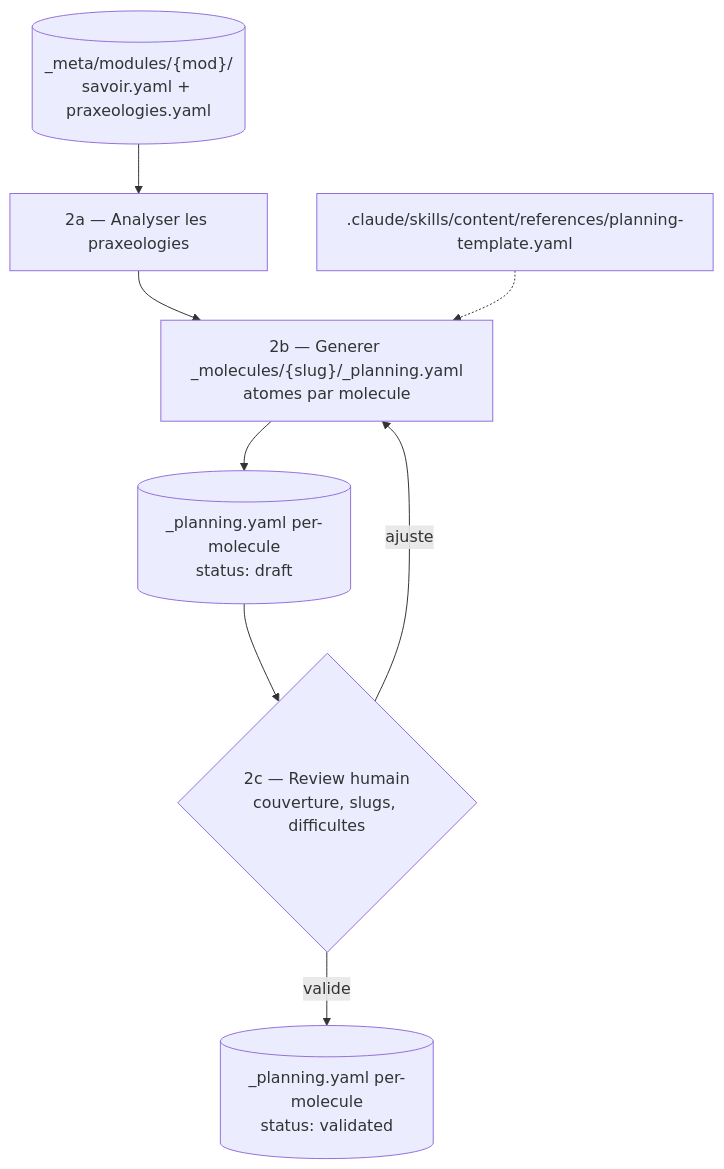
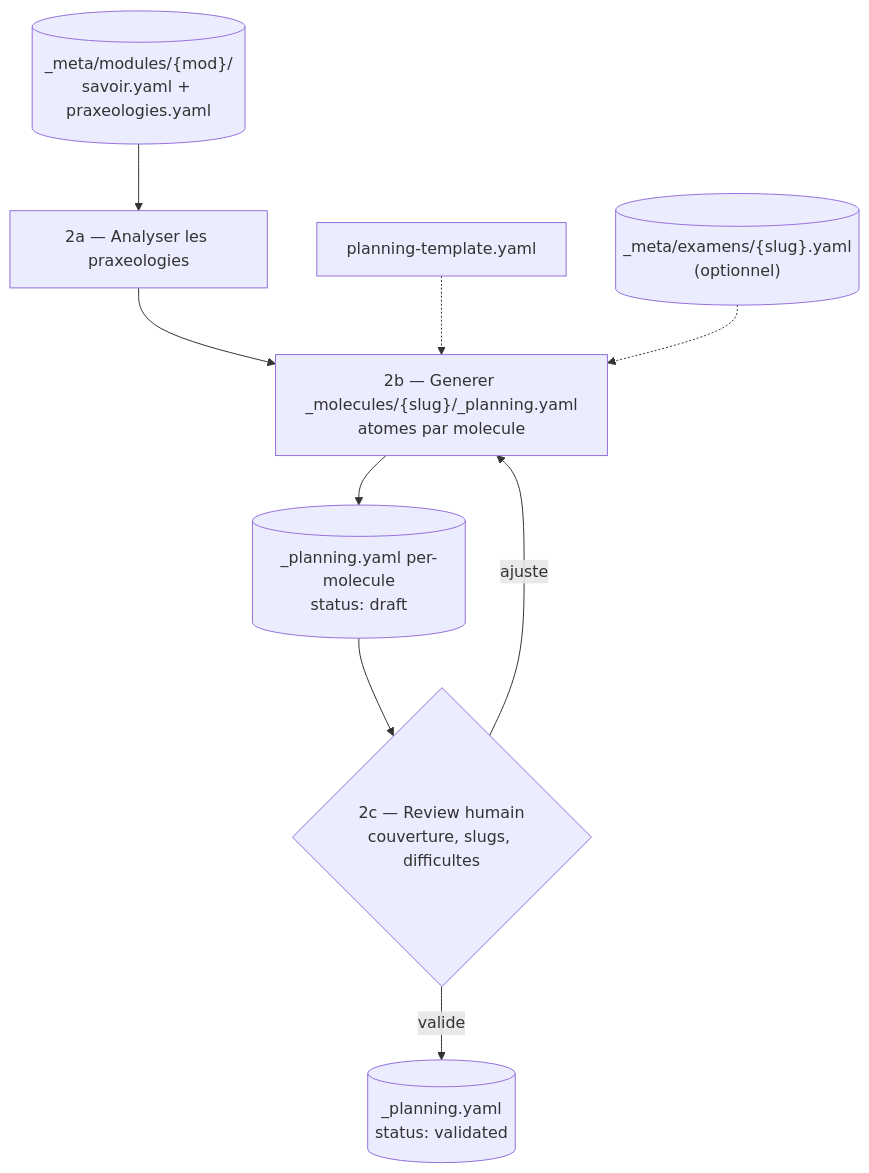
The fifth of 8 diagrams in docs/content-agentic-workflow.md (bilalYezzaGit/learning-web), drawn with Mermaid before and after one commit. The commit also changed other lines of this file, not shown here.

First line of the commit message:
Reecrire content-agentic-workflow.md : documentation complete du systeme

````diff
--- a/docs/content-agentic-workflow.md
+++ b/docs/content-agentic-workflow.md
@@ -196,10 +218,11 @@
 ```mermaid
 flowchart TD
     KB[("_meta/modules/{mod}/\nsavoir.yaml + praxeologies.yaml")] --> Analyse["2a — Analyser les praxeologies"]
     Analyse --> Gen["2b — Generer _molecules/{slug}/_planning.yaml\natomes par molecule"]
-    TPL[".claude/skills/content/references/planning-template.yaml"] -.-> Gen
+    TPL["planning-template.yaml"] -.-> Gen
+    EXAM[("_meta/examens/{slug}.yaml\n(optionnel)")] -.-> Gen
     Gen --> PlanD[("_planning.yaml per-molecule\nstatus: draft")]
     PlanD --> Review{"2c — Review humain\ncouverture, slugs, difficultes"}
     Review -->|"ajuste"| Gen
-    Review -->|"valide"| PlanV[("_planning.yaml per-molecule\nstatus: validated")]
+    Review -->|"valide"| PlanV[("_planning.yaml\nstatus: validated")]
 ```
````
